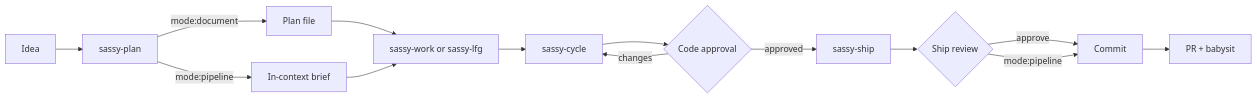
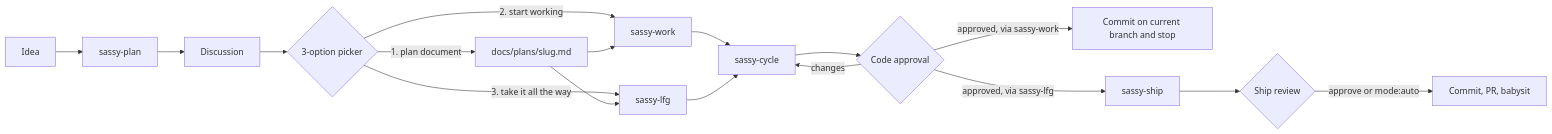
One commit to sassywares/sassy-skills changed the first of 2 diagrams in README.md. Above: the diagram before and after it, drawn with Mermaid. The commit also changed other lines of this file and 9 other files, not shown here.

````diff
--- a/README.md
+++ b/README.md
@@ -106,16 +120,19 @@
 ```mermaid
 flowchart LR
   A[Idea] --> B[sassy-plan]
-  B -->|mode:document| C[Plan file]
-  B -->|mode:pipeline| D[In-context brief]
-  C --> E[sassy-work or sassy-lfg]
-  D --> E
-  E --> F[sassy-cycle]
-  F --> G{Code approval}
-  G -->|changes| F
-  G -->|approved| H[sassy-ship]
-  H --> I{Ship review}
-  I -->|approve| J[Commit]
-  I -->|mode:pipeline| J
-  J --> K[PR + babysit]
+  B --> C[Discussion]
+  C --> D{3-option picker}
+  D -->|1. plan document| E[docs/plans/slug.md]
+  D -->|2. start working| F[sassy-work]
+  D -->|3. take it all the way| G[sassy-lfg]
+  E --> F
+  E --> G
+  F --> H[sassy-cycle]
+  G --> H
+  H --> I{Code approval}
+  I -->|changes| H
+  I -->|approved, via sassy-work| J[Commit on current branch and stop]
+  I -->|approved, via sassy-lfg| K[sassy-ship]
+  K --> L{Ship review}
+  L -->|approve or mode:auto| M[Commit, PR, babysit]
 ```
````
